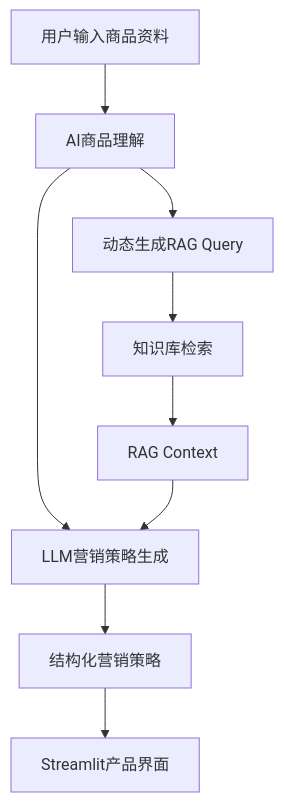
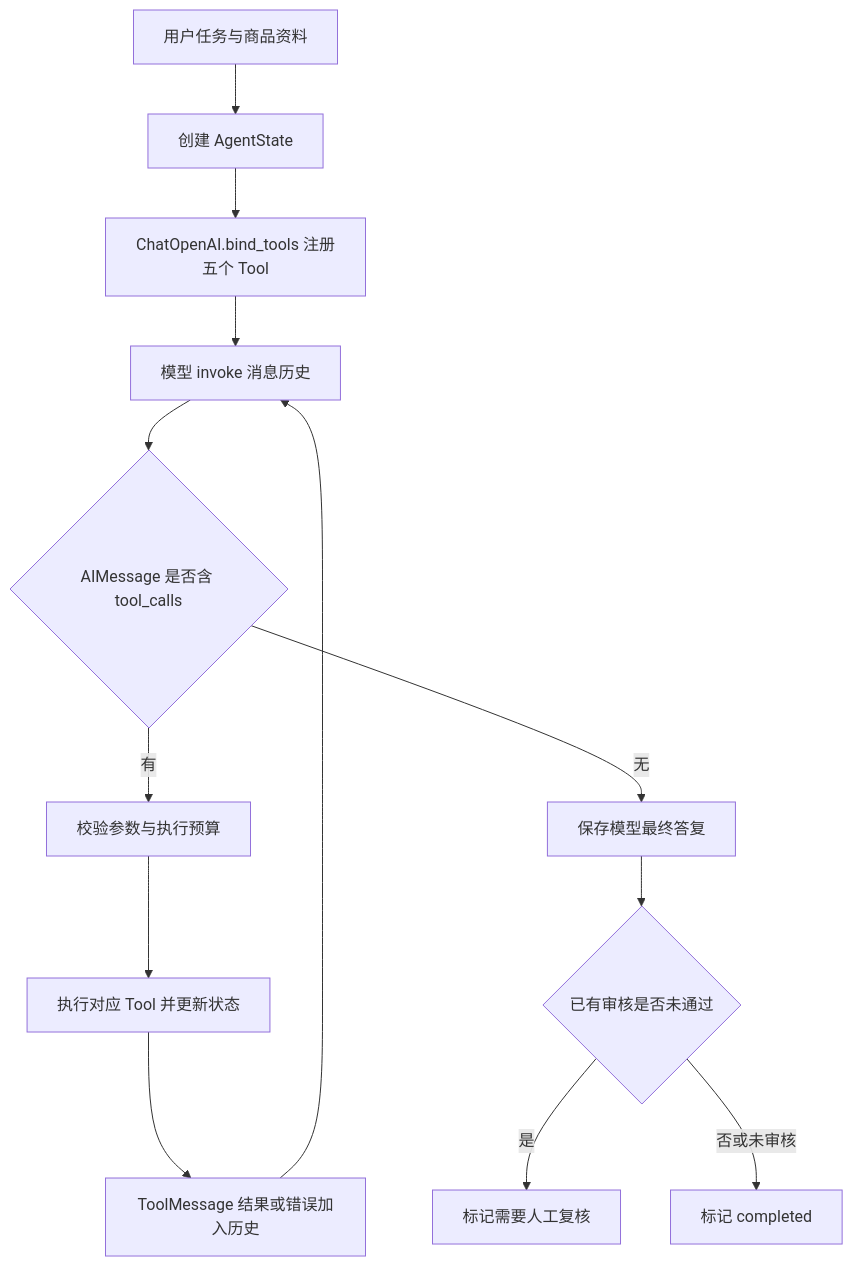
The diagram in README.md (iuyuv123/ai-clothing-marketing-strategy), drawn with Mermaid before and after one commit. The commit also changed other lines of this file and 14 other files, not shown here.

````diff
--- a/README.md
+++ b/README.md
@@ -87,20 +26,15 @@
 ```mermaid
 flowchart TD
-    A[用户输入商品资料]
-    B[AI商品理解]
-    C[动态生成RAG Query]
-    D[知识库检索]
-    E[RAG Context]
-    F[LLM营销策略生成]
-    G[结构化营销策略]
-    H[Streamlit产品界面]
-
-    A --> B
-    B --> C
-    C --> D
-    D --> E
-    B --> F
-    E --> F
-    F --> G
-    G --> H
+    A[用户任务与商品资料] --> B[创建 AgentState]
+    B --> C[ChatOpenAI.bind_tools 注册五个 Tool]
+    C --> D[模型 invoke 消息历史]
+    D --> E{AIMessage 是否含 tool_calls}
+    E -->|有| F[校验参数与执行预算]
+    F --> G[执行对应 Tool 并更新状态]
+    G --> H[ToolMessage 结果或错误加入历史]
+    H --> D
+    E -->|无| I[保存模型最终答复]
+    I --> J{已有审核是否未通过}
+    J -->|是| K[标记需要人工复核]
+    J -->|否或未审核| L[标记 completed]
 ```
````
